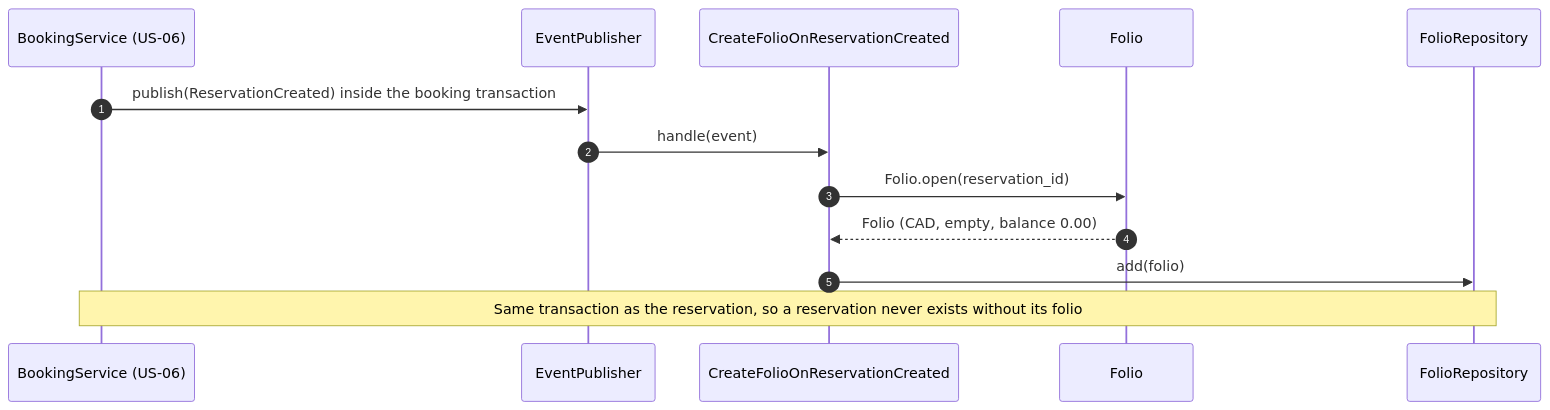
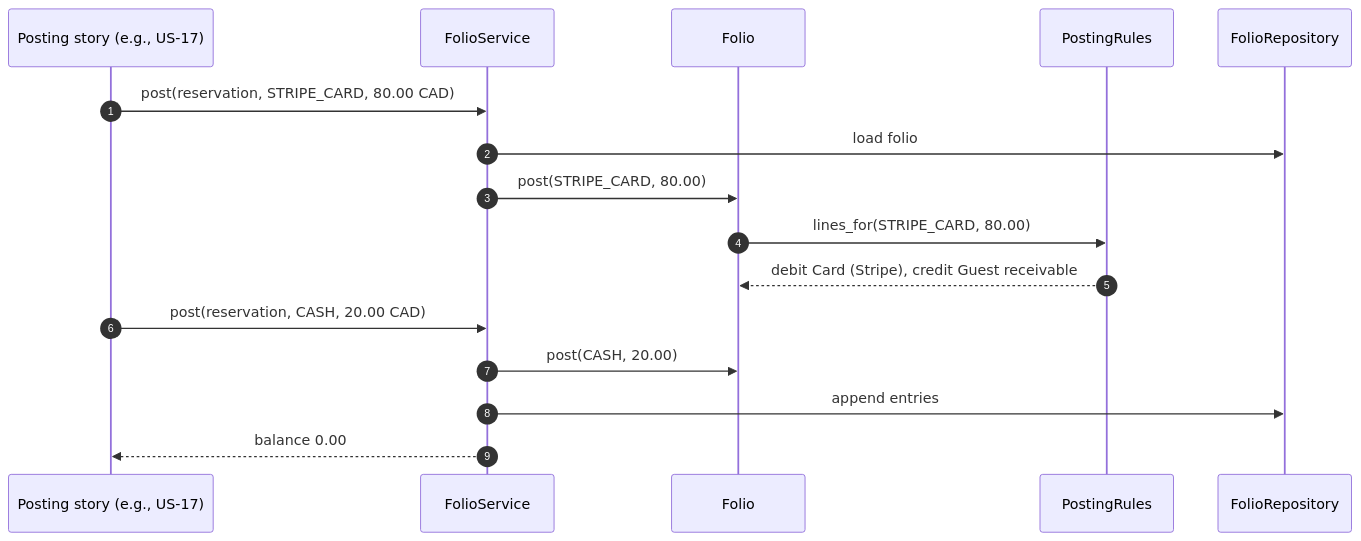
The third of 4 diagrams in docs/Initial Requirements/Diagrams/US-15 - Folio Ledger.md (BraceroInSabot/Motel-Starmie), drawn with Mermaid before and after one commit. The commit also changed other lines of this file and 51 other files, not shown here.

````diff
--- a/docs/Initial Requirements/Diagrams/US-15 - Folio Ledger.md
+++ b/docs/Initial Requirements/Diagrams/US-15 - Folio Ledger.md
@@ -268,16 +227,19 @@
 ```mermaid
 sequenceDiagram
     autonumber
-    participant Book as BookingService (US-06)
-    participant Bus as EventPublisher
-    participant H as CreateFolioOnReservationCreated
-    participant Folio as Folio
+    participant Caller as Posting story (e.g., US-17)
+    participant Svc as FolioService
+    participant Folio
+    participant Rules as PostingRules
     participant Repo as FolioRepository
 
-    Book->>Bus: publish(ReservationCreated) inside the booking transaction
-    Bus->>H: handle(event)
-    H->>Folio: Folio.open(reservation_id)
-    Folio-->>H: Folio (CAD, empty, balance 0.00)
-    H->>Repo: add(folio)
-    Note over Book,Repo: Same transaction as the reservation, so a reservation never exists without its folio
+    Caller->>Svc: post(reservation, STRIPE_CARD, 80.00 CAD)
+    Svc->>Repo: load folio
+    Svc->>Folio: post(STRIPE_CARD, 80.00)
+    Folio->>Rules: lines_for(STRIPE_CARD, 80.00)
+    Rules-->>Folio: debit Card (Stripe), credit Guest receivable
+    Caller->>Svc: post(reservation, CASH, 20.00 CAD)
+    Svc->>Folio: post(CASH, 20.00)
+    Svc->>Repo: append entries
+    Svc-->>Caller: balance 0.00
 ```
````
